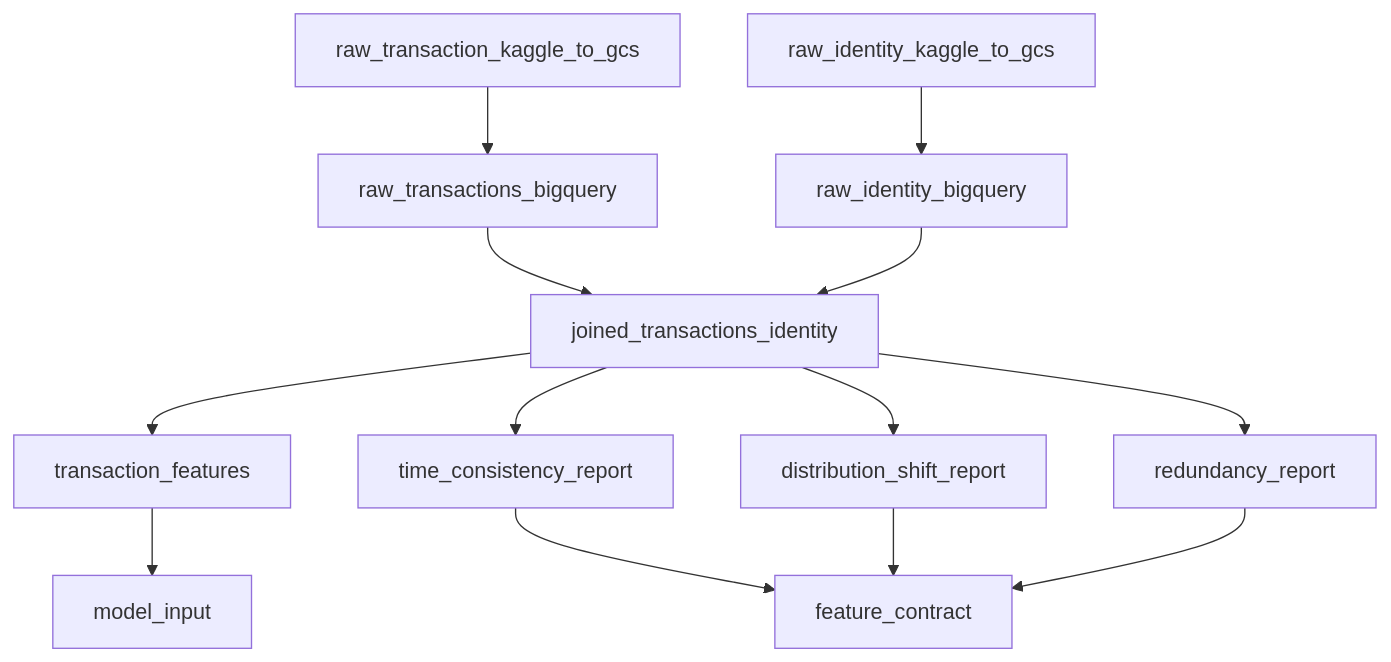
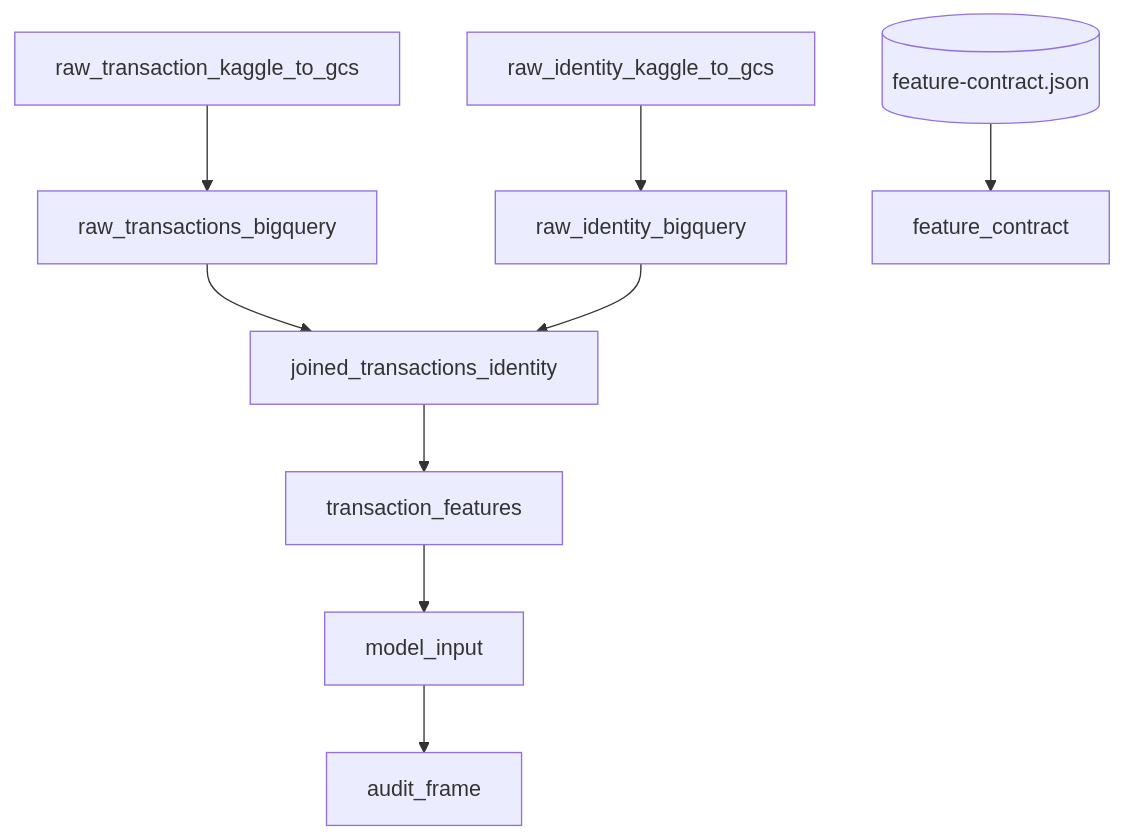
Before and after one commit to jjabuk/fraud-detection-mlops: the diagram in src/fraud_detection/orchestration/definitions/README.md, drawn with Mermaid. The commit also changed other lines of this file and 18 other files, not shown here.

````diff
--- a/src/fraud_detection/orchestration/definitions/README.md
+++ b/src/fraud_detection/orchestration/definitions/README.md
@@ -20,11 +21,10 @@
 ```mermaid
 graph TD
     K1[raw_transaction_kaggle_to_gcs] --> B1[raw_transactions_bigquery]
     K2[raw_identity_kaggle_to_gcs] --> B2[raw_identity_bigquery]
     B1 --> J[joined_transactions_identity]
     B2 --> J
     J --> F[transaction_features] --> MI[model_input]
-    J --> TC[time_consistency_report] --> FC[feature_contract]
-    J --> DS[distribution_shift_report] --> FC
-    J --> RD[redundancy_report] --> FC
+    MI --> AF[audit_frame]
+    C[(feature-contract.json)] --> FC[feature_contract]
 ```
````
